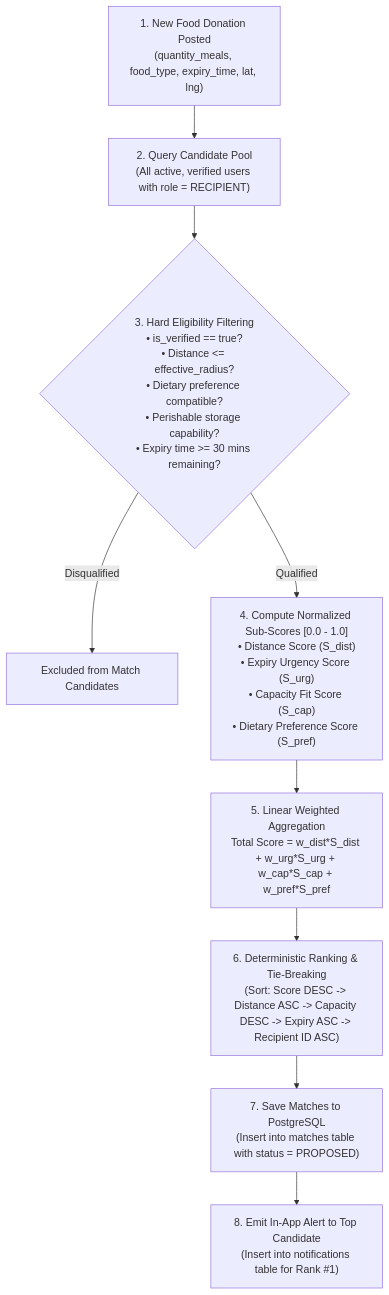
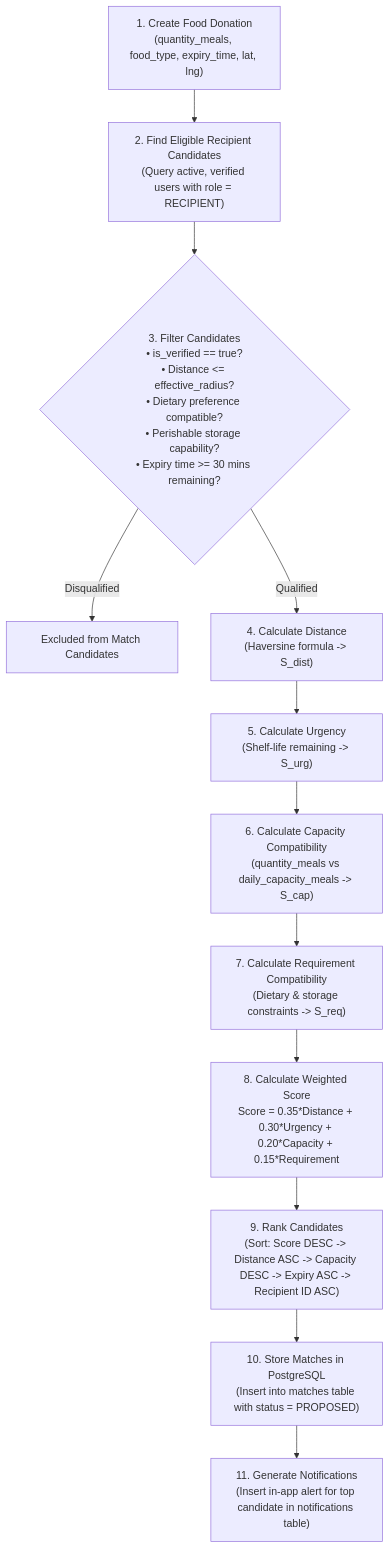
The first of 2 diagrams in docs/AI_MATCHING.md (KShruti772/FoodSync-AI), drawn with Mermaid before and after one commit. The commit also changed other lines of this file and 10 other files, not shown here.

````diff
--- a/docs/AI_MATCHING.md
+++ b/docs/AI_MATCHING.md
@@ -25,17 +27,21 @@
 ```mermaid
 flowchart TD
-    D["1. New Food Donation Posted\n(quantity_meals, food_type, expiry_time, lat, lng)"] --> CP["2. Query Candidate Pool\n(All active, verified users with role = RECIPIENT)"]
+    D["1. Create Food Donation\n(quantity_meals, food_type, expiry_time, lat, lng)"] --> CP["2. Find Eligible Recipient Candidates\n(Query active, verified users with role = RECIPIENT)"]
     
-    CP --> EF{"3. Hard Eligibility Filtering\n• is_verified == true?\n• Distance <= effective_radius?\n• Dietary preference compatible?\n• Perishable storage capability?\n• Expiry time >= 30 mins remaining?"}
+    CP --> EF{"3. Filter Candidates\n• is_verified == true?\n• Distance <= effective_radius?\n• Dietary preference compatible?\n• Perishable storage capability?\n• Expiry time >= 30 mins remaining?"}
     
     EF -- Disqualified --> DQ["Excluded from Match Candidates"]
-    EF -- Qualified --> CS["4. Compute Normalized Sub-Scores [0.0 - 1.0]\n• Distance Score (S_dist)\n• Expiry Urgency Score (S_urg)\n• Capacity Fit Score (S_cap)\n• Dietary Preference Score (S_pref)"]
+    EF -- Qualified --> CD["4. Calculate Distance\n(Haversine formula -> S_dist)"]
     
-    CS --> WS["5. Linear Weighted Aggregation\nTotal Score = w_dist*S_dist + w_urg*S_urg + w_cap*S_cap + w_pref*S_pref"]
+    CD --> CU["5. Calculate Urgency\n(Shelf-life remaining -> S_urg)"]
+    CU --> CC["6. Calculate Capacity Compatibility\n(quantity_meals vs daily_capacity_meals -> S_cap)"]
+    CC --> CR["7. Calculate Requirement Compatibility\n(Dietary & storage constraints -> S_req)"]
     
-    WS --> TB["6. Deterministic Ranking & Tie-Breaking\n(Sort: Score DESC -> Distance ASC -> Capacity DESC -> Expiry ASC -> Recipient ID ASC)"]
+    CR --> WS["8. Calculate Weighted Score\nScore = 0.35*Distance + 0.30*Urgency + 0.20*Capacity + 0.15*Requirement"]
     
-    TB --> DB["7. Save Matches to PostgreSQL\n(Insert into matches table with status = PROPOSED)"]
+    WS --> TB["9. Rank Candidates\n(Sort: Score DESC -> Distance ASC -> Capacity DESC -> Expiry ASC -> Recipient ID ASC)"]
     
-    DB --> NT["8. Emit In-App Alert to Top Candidate\n(Insert into notifications table for Rank #1)"]
+    TB --> DB["10. Store Matches in PostgreSQL\n(Insert into matches table with status = PROPOSED)"]
+    
+    DB --> NT["11. Generate Notifications\n(Insert in-app alert for top candidate in notifications table)"]
 ```
````
